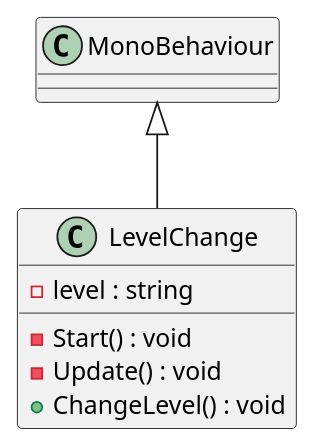
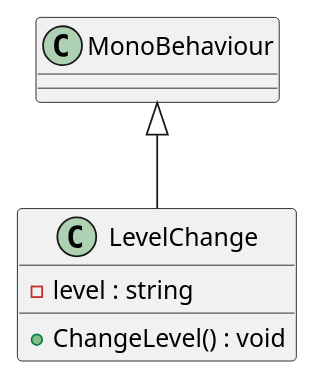
Before and after one commit to JustACupOfTea/hashtagsavetheocean: the diagram in Assets/Scripts/UML/LevelChange.puml, drawn with PlantUML. The commit also changed 12 other files, not shown here.

Commit message:
final plantuml

```diff
--- a/Assets/Scripts/UML/LevelChange.puml
+++ b/Assets/Scripts/UML/LevelChange.puml
@@ -1,9 +1,7 @@
 @startuml
 class LevelChange {
     - level : string
-    - Start() : void
-    - Update() : void
     + ChangeLevel() : void
 }
 MonoBehaviour <|-- LevelChange
 @enduml
```
